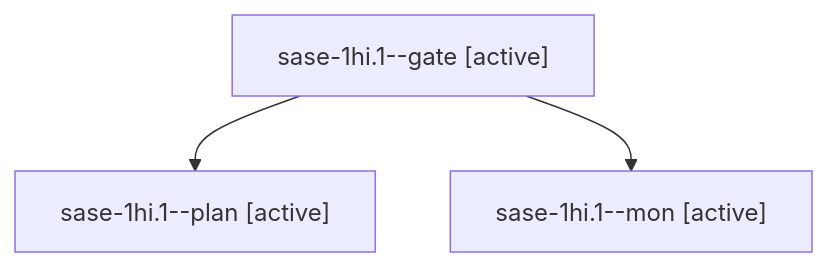
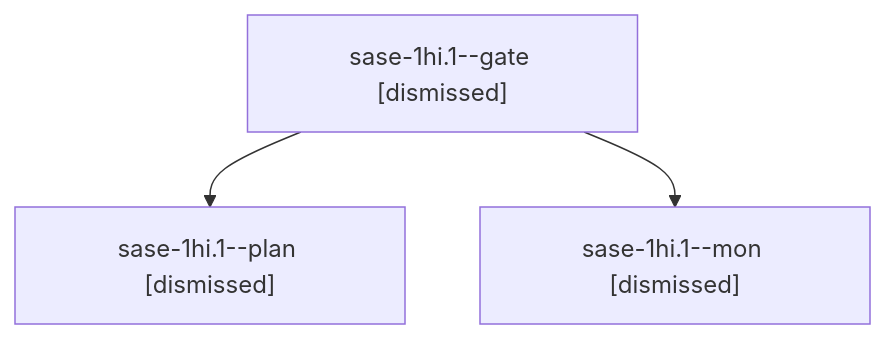
The diagram in sessions/bbugyi200.apollo.sase-1hi.1.md (sase-org/sase--agents), drawn with Mermaid before and after one commit. The commit also changed other lines of this file and 231 other files, not shown here.

````diff
--- a/sessions/bbugyi200.apollo.sase-1hi.1.md
+++ b/sessions/bbugyi200.apollo.sase-1hi.1.md
@@ -9,8 +9,8 @@
 ```mermaid
 flowchart TD
-  n0["sase-1hi.1--gate [active]"]
-  n1["sase-1hi.1--plan [active]"]
+  n0["sase-1hi.1--gate [dismissed]"]
+  n1["sase-1hi.1--plan [dismissed]"]
   n0 --> n1
-  n2["sase-1hi.1--mon [active]"]
+  n2["sase-1hi.1--mon [dismissed]"]
   n0 --> n2
 ```
````
